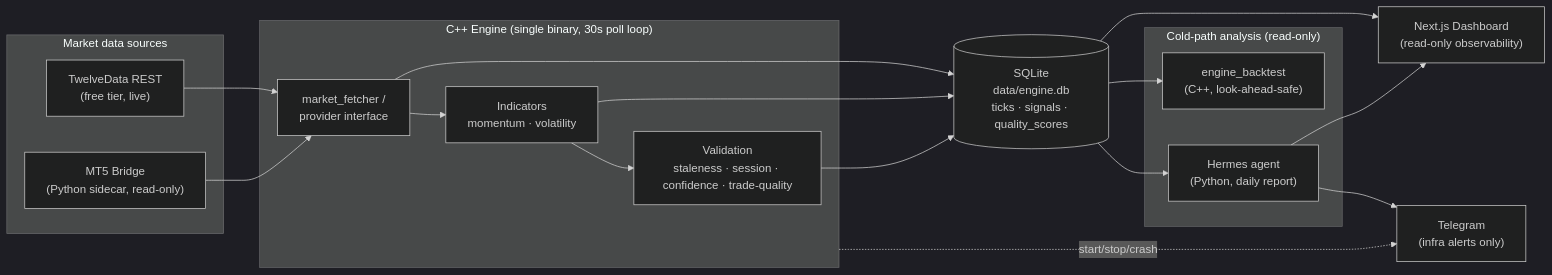
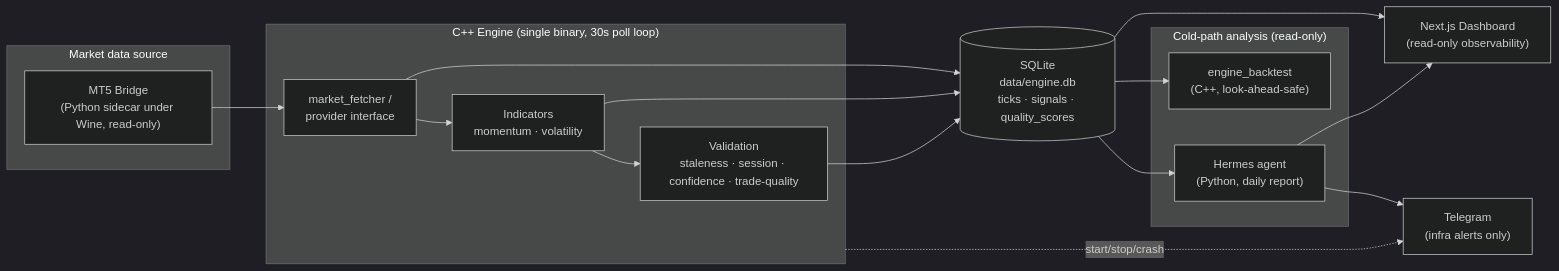
One commit to Kadir70-dev/market-microstructure-engine changed the diagram in README.md. Above: the diagram before and after it, drawn with Mermaid (dark theme). The commit also changed other lines of this file and 22 other files, not shown here.

````diff
--- a/README.md
+++ b/README.md
@@ -59,36 +59,34 @@
 ```mermaid
 flowchart LR
-    subgraph Feeds["Market data sources"]
-        TD["TwelveData REST<br/>(free tier, live)"]
-        MT5["MT5 Bridge<br/>(Python sidecar, read-only)"]
+    subgraph Feeds["Market data source"]
+        MT5["MT5 Bridge<br/>(Python sidecar under Wine, read-only)"]
     end
 
     subgraph Engine["C++ Engine (single binary, 30s poll loop)"]
         FETCH["market_fetcher /<br/>provider interface"]
         IND["Indicators<br/>momentum · volatility"]
         VAL["Validation<br/>staleness · session · confidence · trade-quality"]
     end
 
     DB[("SQLite<br/>data/engine.db<br/>ticks · signals · quality_scores")]
 
     subgraph Cold["Cold-path analysis (read-only)"]
         BT["engine_backtest<br/>(C++, look-ahead-safe)"]
         HERMES["Hermes agent<br/>(Python, daily report)"]
     end
 
     DASH["Next.js Dashboard<br/>(read-only observability)"]
     TG["Telegram<br/>(infra alerts only)"]
 
-    TD --> FETCH
     MT5 --> FETCH
     FETCH --> IND --> VAL
     FETCH --> DB
     IND --> DB
     VAL --> DB
     DB --> BT
     DB --> HERMES
     DB --> DASH
     HERMES --> DASH
     HERMES --> TG
     Engine -. start/stop/crash .-> TG
 ```
````
